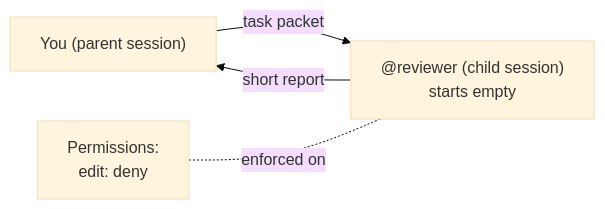
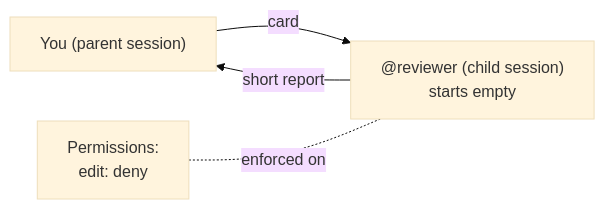
The diagram in student/module-2-agent-crew.md (varoonsahgal/OC-stuff), drawn with Mermaid (base theme) before and after one commit. The commit also changed other lines of this file and 24 other files, not shown here.

````diff
--- a/student/module-2-agent-crew.md
+++ b/student/module-2-agent-crew.md
@@ -90,6 +90,6 @@
 ```mermaid
 flowchart LR
-    Y["You (parent session)"] -->|"task packet"| C["@reviewer (child session)<br/>starts empty"]
+    Y["You (parent session)"] -->|"card"| C["@reviewer (child session)<br/>starts empty"]
     C -->|"short report"| Y
     P["Permissions:<br/>edit: deny"] -.enforced on.- C
 ```
````
